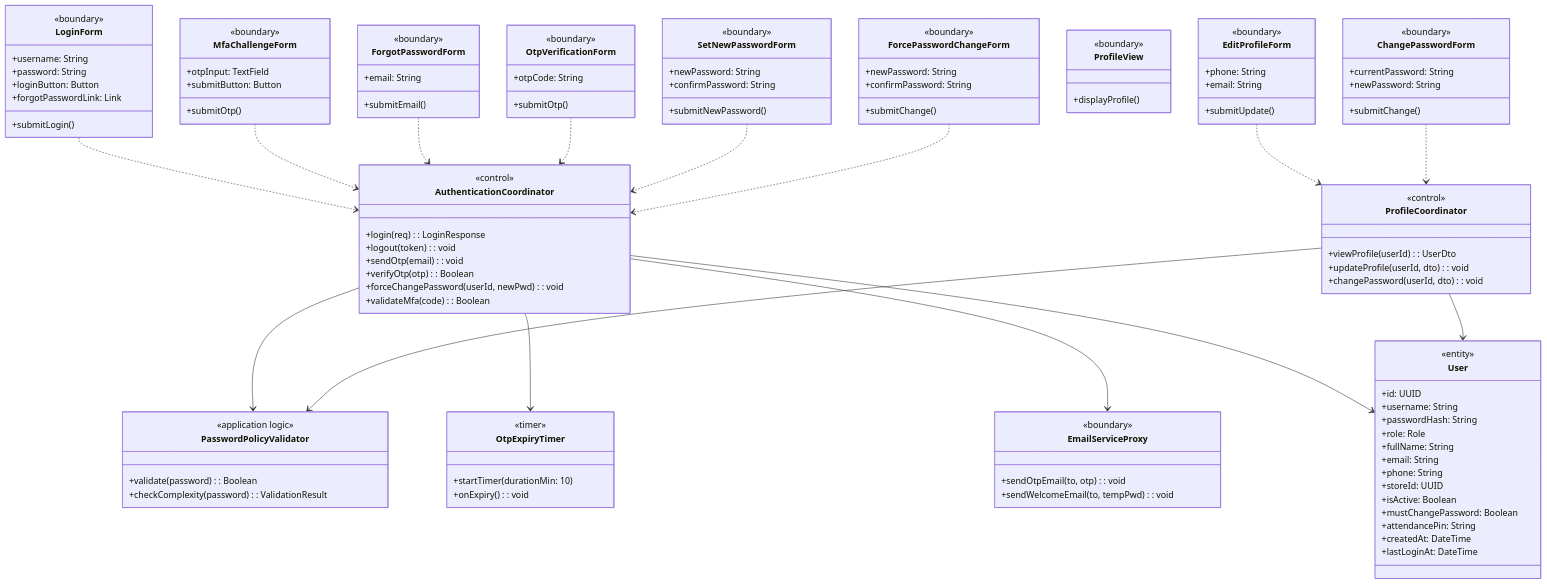
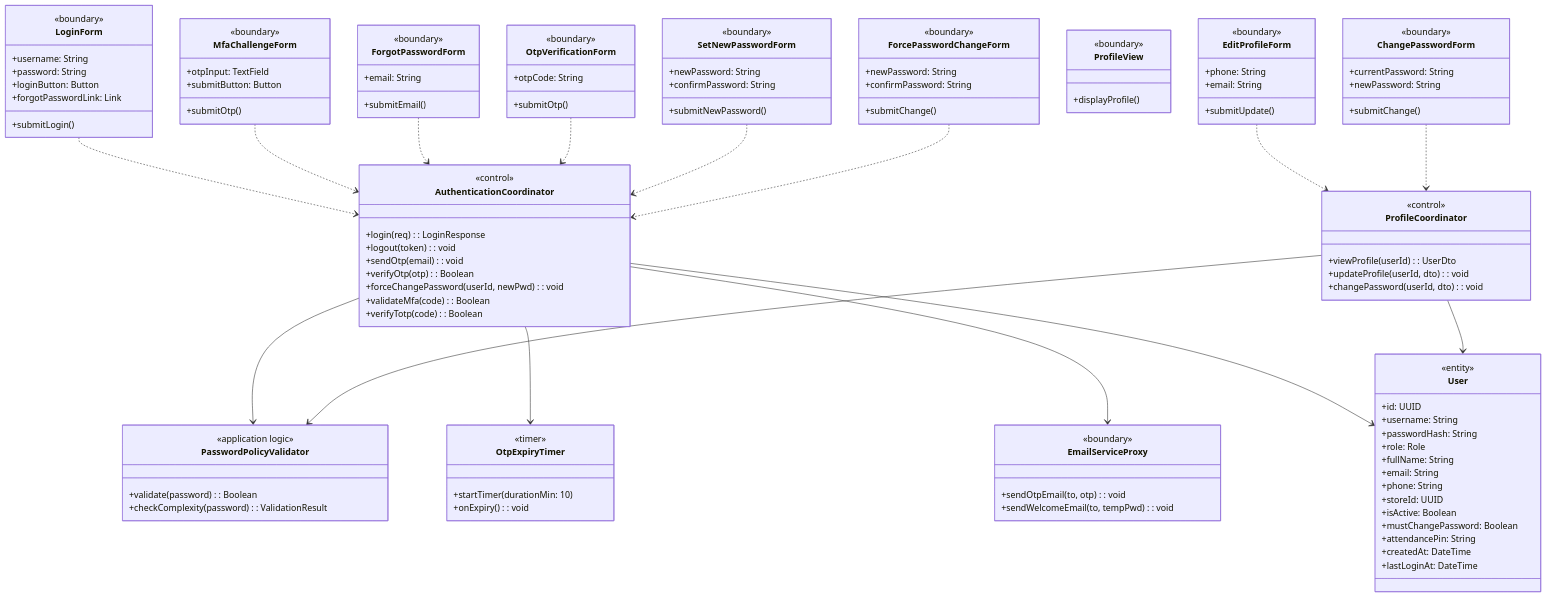
Before and after one commit to Shaichi/khoga_cafe: the first of 7 diagrams in docs/rds_sections/04_detailed_3_1_system_access_security.md, drawn with Mermaid. The commit also changed other lines of this file and 22 other files, not shown here.

```diff
--- a/docs/rds_sections/04_detailed_3_1_system_access_security.md
+++ b/docs/rds_sections/04_detailed_3_1_system_access_security.md
@@ -70,6 +70,7 @@
         +verifyOtp(otp): Boolean
         +forceChangePassword(userId, newPwd): void
         +validateMfa(code): Boolean
+        +verifyTotp(code): Boolean
     }
     class ProfileCoordinator {
         <<control>>
```
